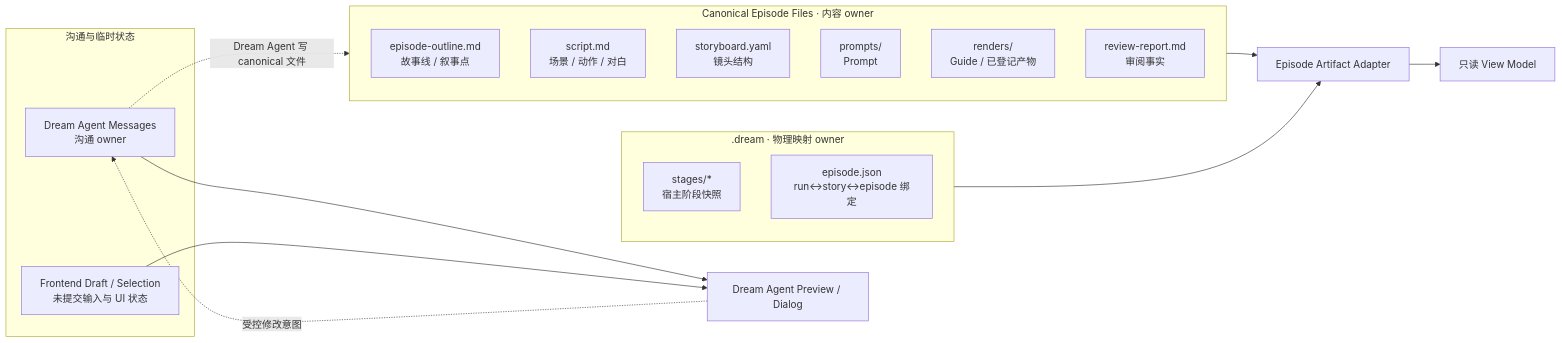
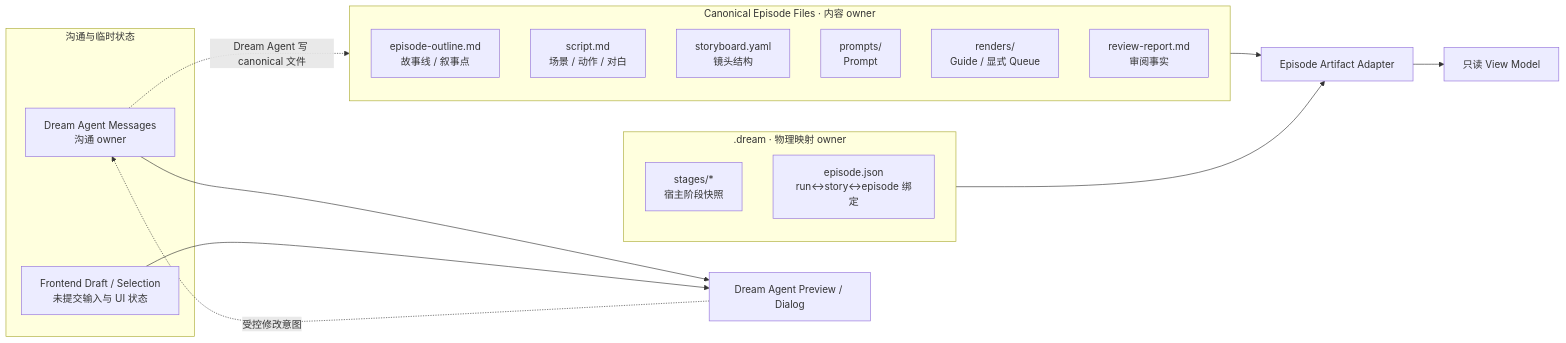
Before and after one commit to glide-the/im-dream: the fourth of 9 diagrams in docs/design/story-workspace/design_009_drama-forge-first-episode-storyline-storyboard-workbench.md, drawn with Mermaid. The commit also changed other lines of this file and 3 other files, not shown here.

````diff
--- a/docs/design/story-workspace/design_009_drama-forge-first-episode-storyline-storyboard-workbench.md
+++ b/docs/design/story-workspace/design_009_drama-forge-first-episode-storyline-storyboard-workbench.md
@@ -227,26 +287,26 @@
 ```mermaid
 flowchart LR
     subgraph Canonical["Canonical Episode Files · 内容 owner"]
       O["episode-outline.md\n故事线 / 叙事点"]
       S["script.md\n场景 / 动作 / 对白"]
       SB["storyboard.yaml\n镜头结构"]
       P["prompts/\nPrompt"]
-      R["renders/\nGuide / 已登记产物"]
+      R["renders/\nGuide / 显式 Queue"]
       RR["review-report.md\n审阅事实"]
     end
     subgraph Projection[".dream · 物理映射 owner"]
       DS["stages/*\n宿主阶段快照"]
       EB["episode.json\nrun↔story↔episode 绑定"]
     end
     subgraph Communication["沟通与临时状态"]
       M["Dream Agent Messages\n沟通 owner"]
       D["Frontend Draft / Selection\n未提交输入与 UI 状态"]
     end
     Canonical --> AD["Episode Artifact Adapter"]
     Projection --> AD
     AD --> VM["只读 View Model"]
     M --> AP["Dream Agent Preview / Dialog"]
     D --> AP
     AP -. "受控修改意图" .-> M
     M -. "Dream Agent 写 canonical 文件" .-> Canonical
 ```
````
